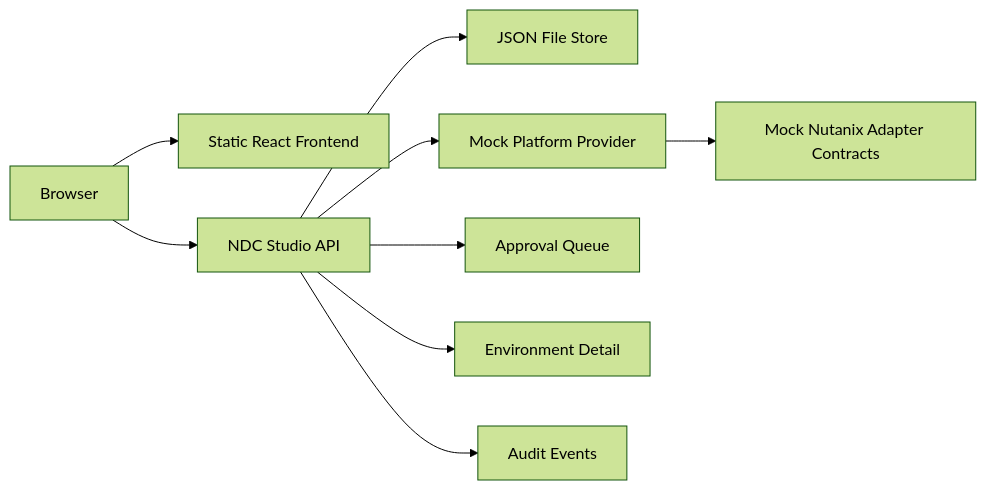
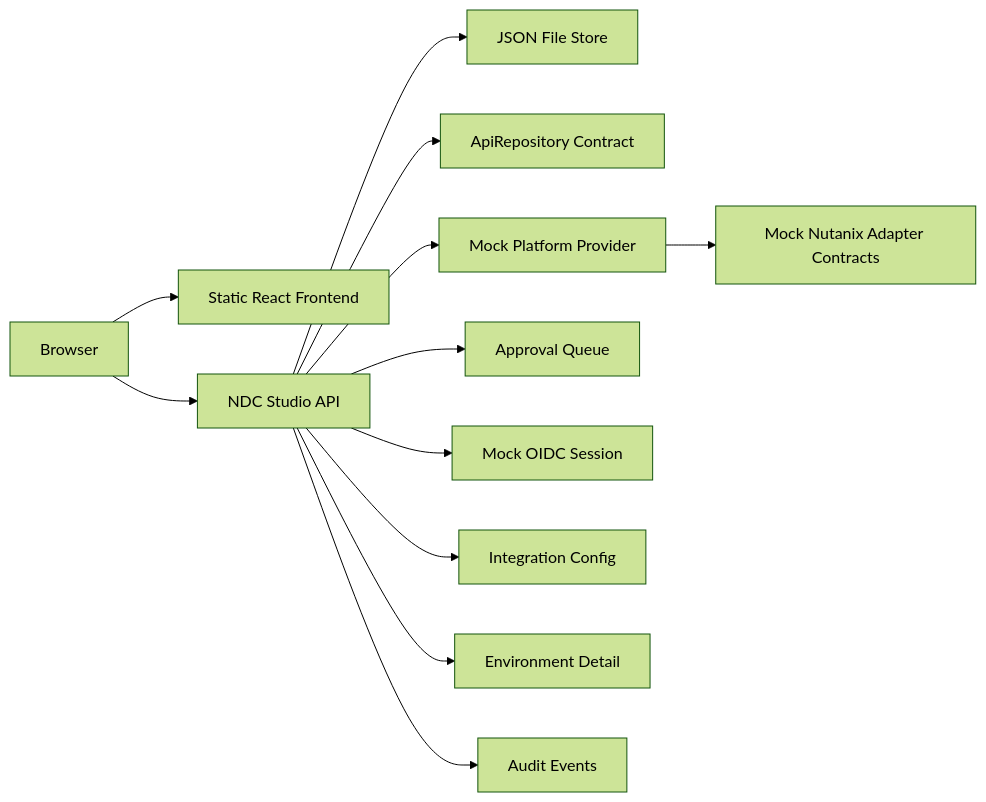
One commit to VirtuArchitect/nutanix-developer-cloud-studio changed the second of 2 diagrams in docs/architecture.md. Above: the diagram before and after it, drawn with Mermaid (forest theme). The commit also changed other lines of this file and 24 other files, not shown here.

````diff
--- a/docs/architecture.md
+++ b/docs/architecture.md
@@ -21,11 +21,14 @@
 ```mermaid
 flowchart LR
     Browser["Browser"] --> Web["Static React Frontend"]
     Browser --> Api["NDC Studio API"]
     Api --> Store["JSON File Store"]
+    Api --> Repo["ApiRepository Contract"]
     Api --> Provider["Mock Platform Provider"]
     Provider --> Adapters["Mock Nutanix Adapter Contracts"]
     Api --> Approvals["Approval Queue"]
+    Api --> Identity["Mock OIDC Session"]
+    Api --> Config["Integration Config"]
     Api --> Details["Environment Detail"]
     Api --> Audit["Audit Events"]
 ```
````
